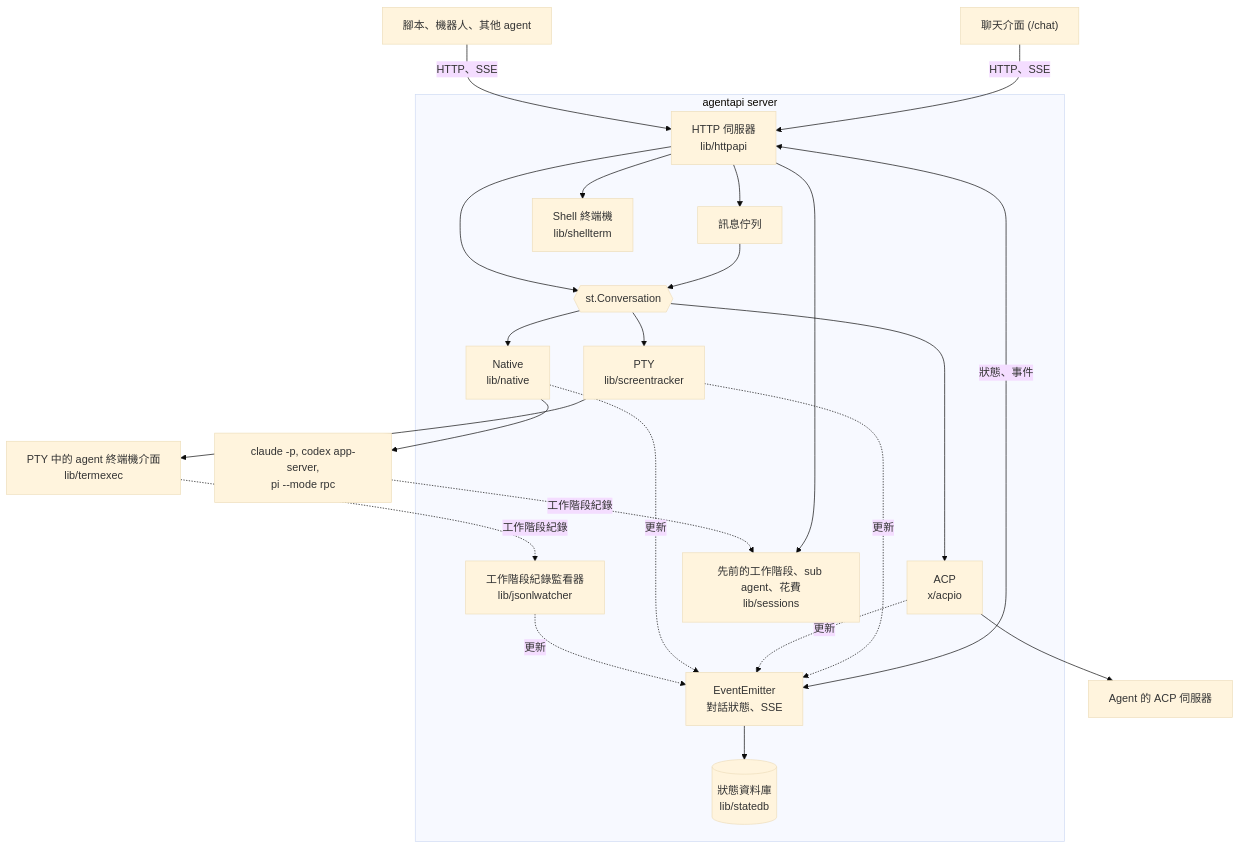
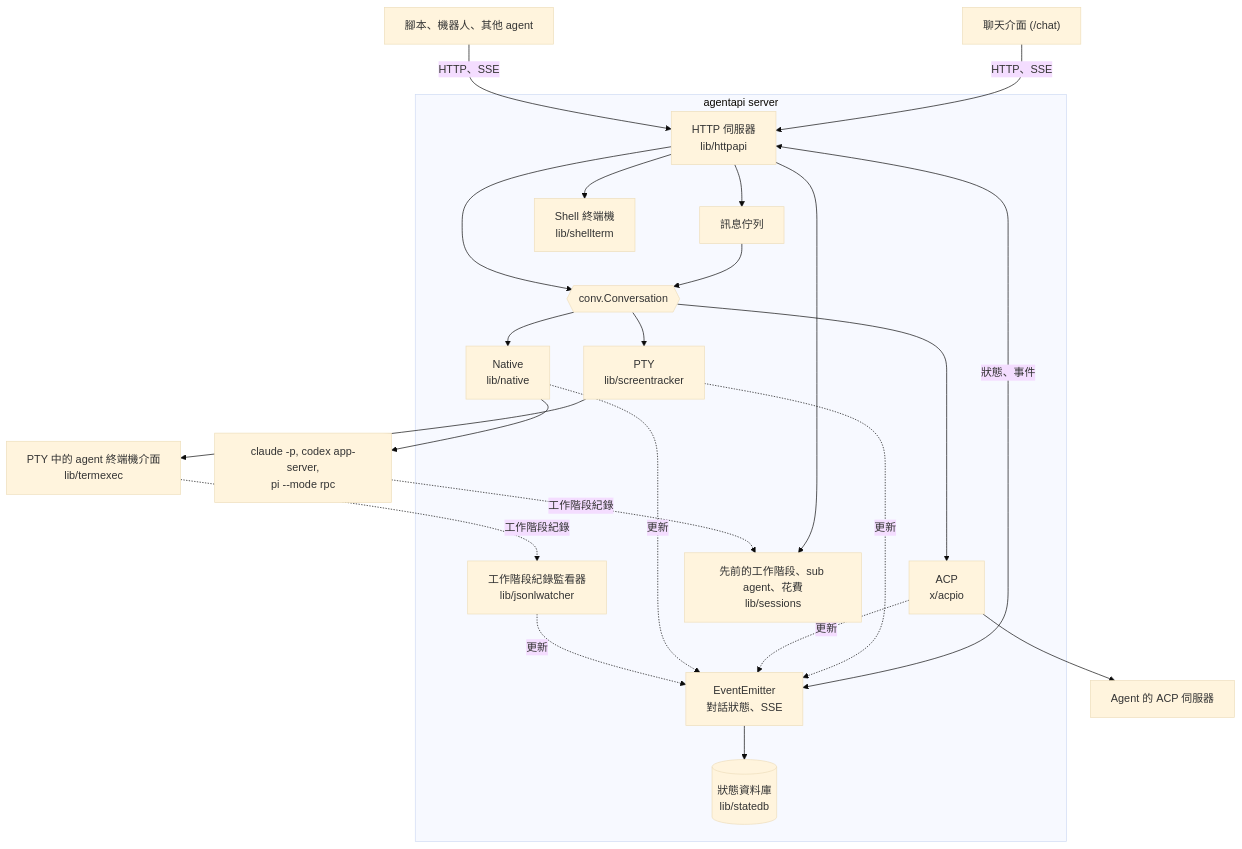
One commit to k1dav-c/agentapi changed the first of 3 diagrams in docs/architecture.zh-TW.md. Above: the diagram before and after it, drawn with Mermaid (base theme). The commit also changed other lines of this file and 6 other files, not shown here.

````diff
--- a/docs/architecture.zh-TW.md
+++ b/docs/architecture.zh-TW.md
@@ -34,38 +34,38 @@
 ```mermaid
 flowchart TB
   chat["聊天介面 (/chat)"]
   tools["腳本、機器人、其他 agent"]
   subgraph server["agentapi server"]
     http["HTTP 伺服器<br/>lib/httpapi"]
     queue["訊息佇列"]
     emitter["EventEmitter<br/>對話狀態、SSE"]
     db[("狀態資料庫<br/>lib/statedb")]
     shell["Shell 終端機<br/>lib/shellterm"]
-    conv{{"st.Conversation"}}
+    conv{{"conv.Conversation"}}
     pty["PTY<br/>lib/screentracker"]
     acp["ACP<br/>x/acpio"]
     native["Native<br/>lib/native"]
     jsonl["工作階段紀錄監看器<br/>lib/jsonlwatcher"]
     sessions["先前的工作階段、sub agent、花費<br/>lib/sessions"]
   end
   tui["PTY 中的 agent 終端機介面<br/>lib/termexec"]
   acpagent["Agent 的 ACP 伺服器"]
   proto["claude -p, codex app-server,<br/>pi --mode rpc"]
   chat -- "HTTP、SSE" --> http
   tools -- "HTTP、SSE" --> http
   http --> queue --> conv
   http --> conv
   http --> shell
   http <-- "狀態、事件" --> emitter
   emitter --> db
   conv --> pty --> tui
   conv --> acp --> acpagent
   conv --> native --> proto
   tui -. "工作階段紀錄" .-> jsonl
   pty -. "更新" .-> emitter
   acp -. "更新" .-> emitter
   native -. "更新" .-> emitter
   jsonl -. "更新" .-> emitter
   http --> sessions
   proto -. "工作階段紀錄" .-> sessions
 ```
````
